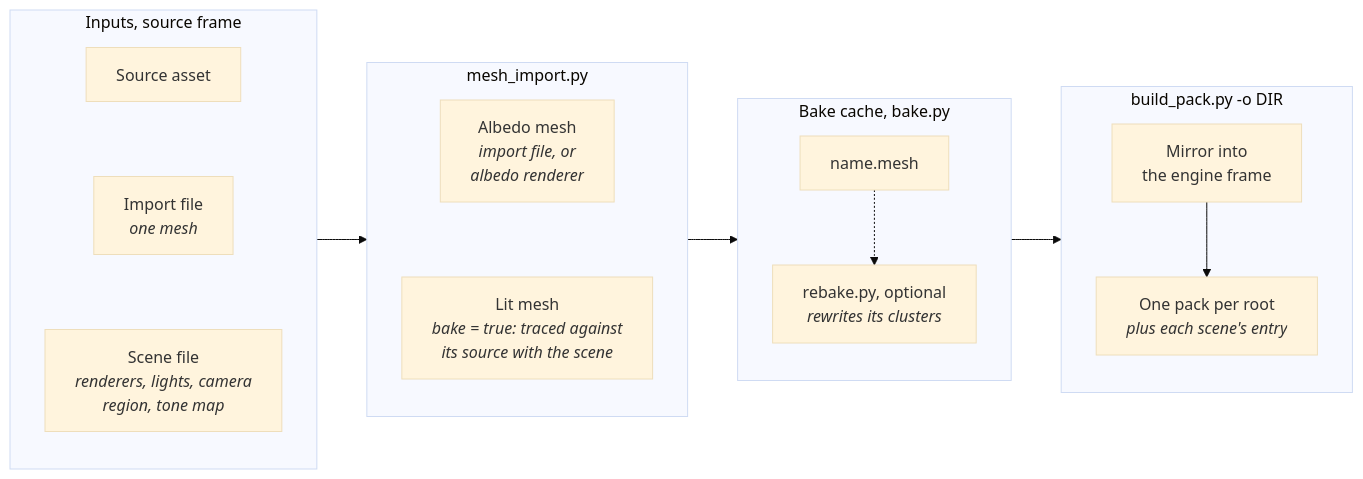
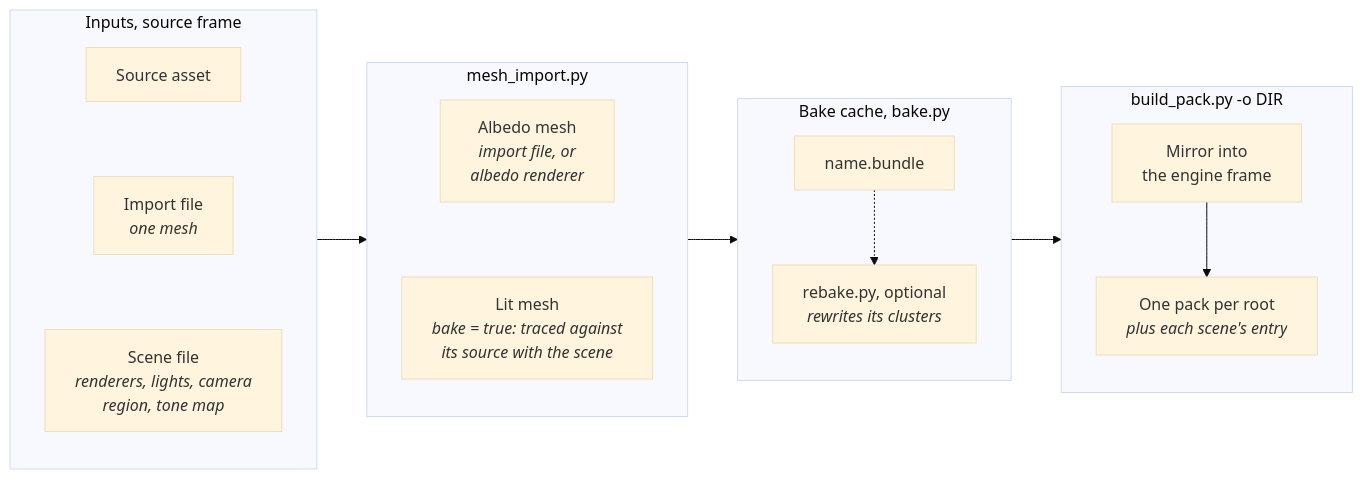
The third of 3 diagrams in docs/render/offline/Mesh-Import.md (jose-villegas/autana), drawn with Mermaid (base theme) before and after one commit. The commit also changed other lines of this file and 70 other files, not shown here.

````diff
--- a/docs/render/offline/Mesh-Import.md
+++ b/docs/render/offline/Mesh-Import.md
@@ -534,29 +534,29 @@
 ```mermaid
 flowchart LR
     subgraph Inputs["Inputs, source frame"]
     direction TB
     Asset["Source asset"]
     ImportF["Import file<br/><i>one mesh</i>"]
     SceneF["Scene file<br/><i>renderers, lights, camera<br/>region, tone map</i>"]
     Asset ~~~ ImportF ~~~ SceneF
     end
     subgraph Bake["mesh_import.py"]
     direction TB
     Albedo["Albedo mesh<br/><i>import file, or<br/>albedo renderer</i>"]
     Lit["Lit mesh<br/><i>bake = true: traced against<br/>its source with the scene</i>"]
     Albedo ~~~ Lit
     end
     subgraph Cache["Bake cache, bake.py"]
     direction TB
-    Mesh["name.mesh"]
+    Mesh["name.bundle"]
     Rebake["rebake.py, optional<br/><i>rewrites its clusters</i>"]
     Mesh -.-> Rebake
     end
     subgraph Build["build_pack.py -o DIR"]
     direction TB
     Mirror["Mirror into<br/>the engine frame"]
     Pack["One pack per root<br/><i>plus each scene's entry</i>"]
     Mirror --> Pack
     end
     Inputs --> Bake --> Cache --> Build
 ```
````
